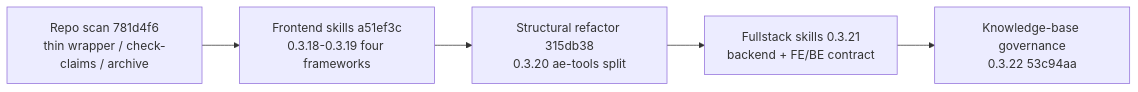
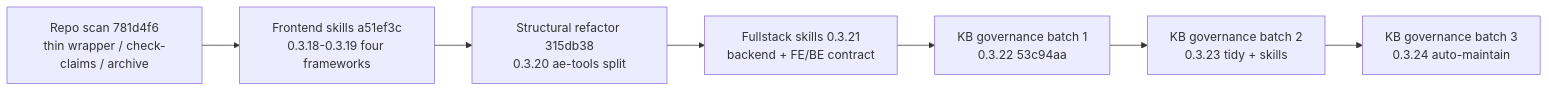
Before and after one commit to YaoGUanquan/codex-ai-agent-engine: the first of 3 diagrams in docs/ae/graphs/maintainer-artifact-graph.md, drawn with Mermaid. The commit also changed other lines of this file and 15 other files, not shown here.

First line of the commit message:
docs: sync governance batch two/three memory, graph, and archives

````diff
--- a/docs/ae/graphs/maintainer-artifact-graph.md
+++ b/docs/ae/graphs/maintainer-artifact-graph.md
@@ -8,9 +8,11 @@
 ```mermaid
 flowchart LR
   scan["Repo scan 781d4f6<br/>thin wrapper / check-claims / archive"]
   fe["Frontend skills a51ef3c<br/>0.3.18-0.3.19 four frameworks"]
   struct["Structural refactor 315db38<br/>0.3.20 ae-tools split"]
   full["Fullstack skills 0.3.21<br/>backend + FE/BE contract"]
-  kb["Knowledge-base governance<br/>0.3.22 53c94aa"]
-  scan --> fe --> struct --> full --> kb
+  kb1["KB governance batch 1<br/>0.3.22 53c94aa"]
+  kb2["KB governance batch 2<br/>0.3.23 tidy + skills"]
+  kb3["KB governance batch 3<br/>0.3.24 auto-maintain"]
+  scan --> fe --> struct --> full --> kb1 --> kb2 --> kb3
 ```
````
